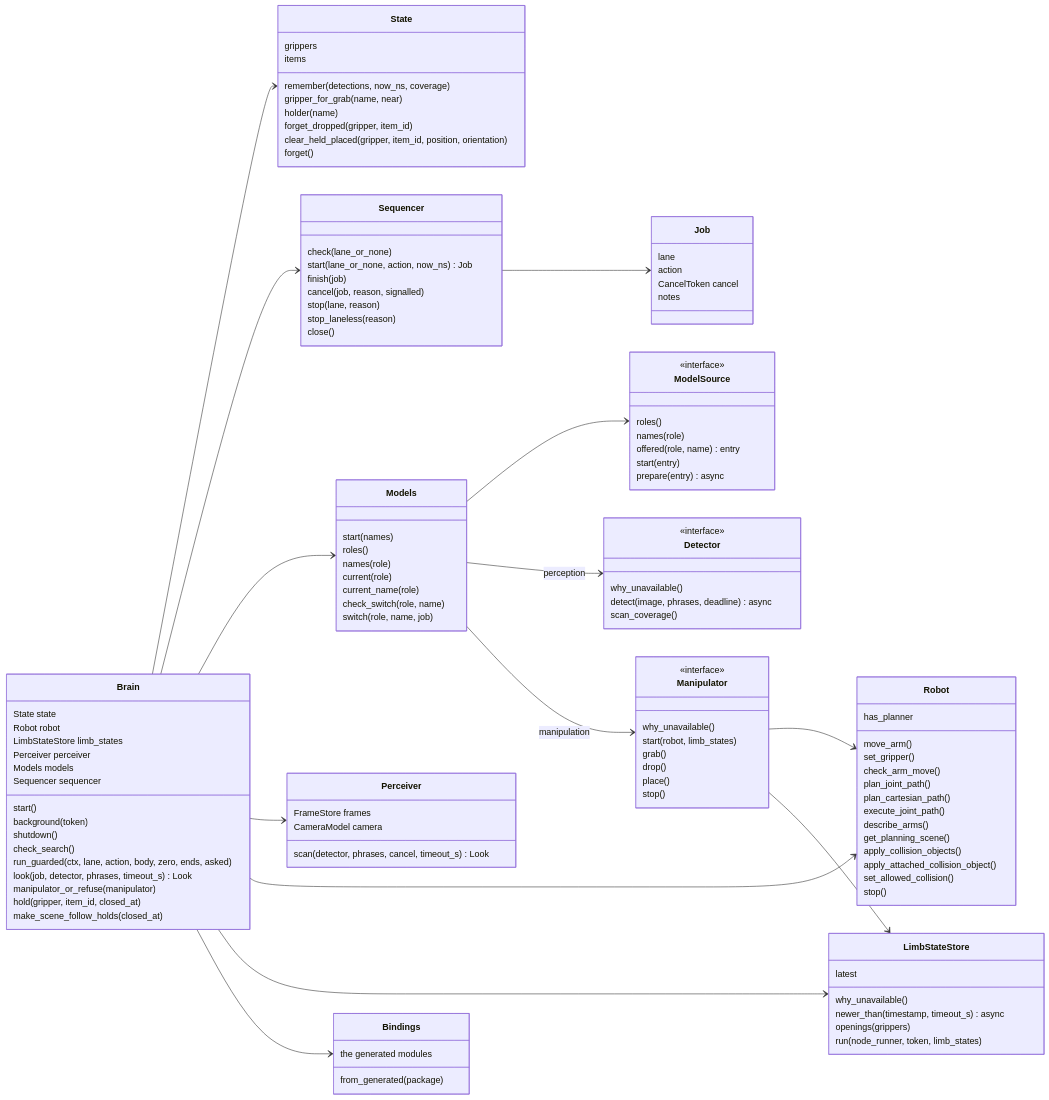
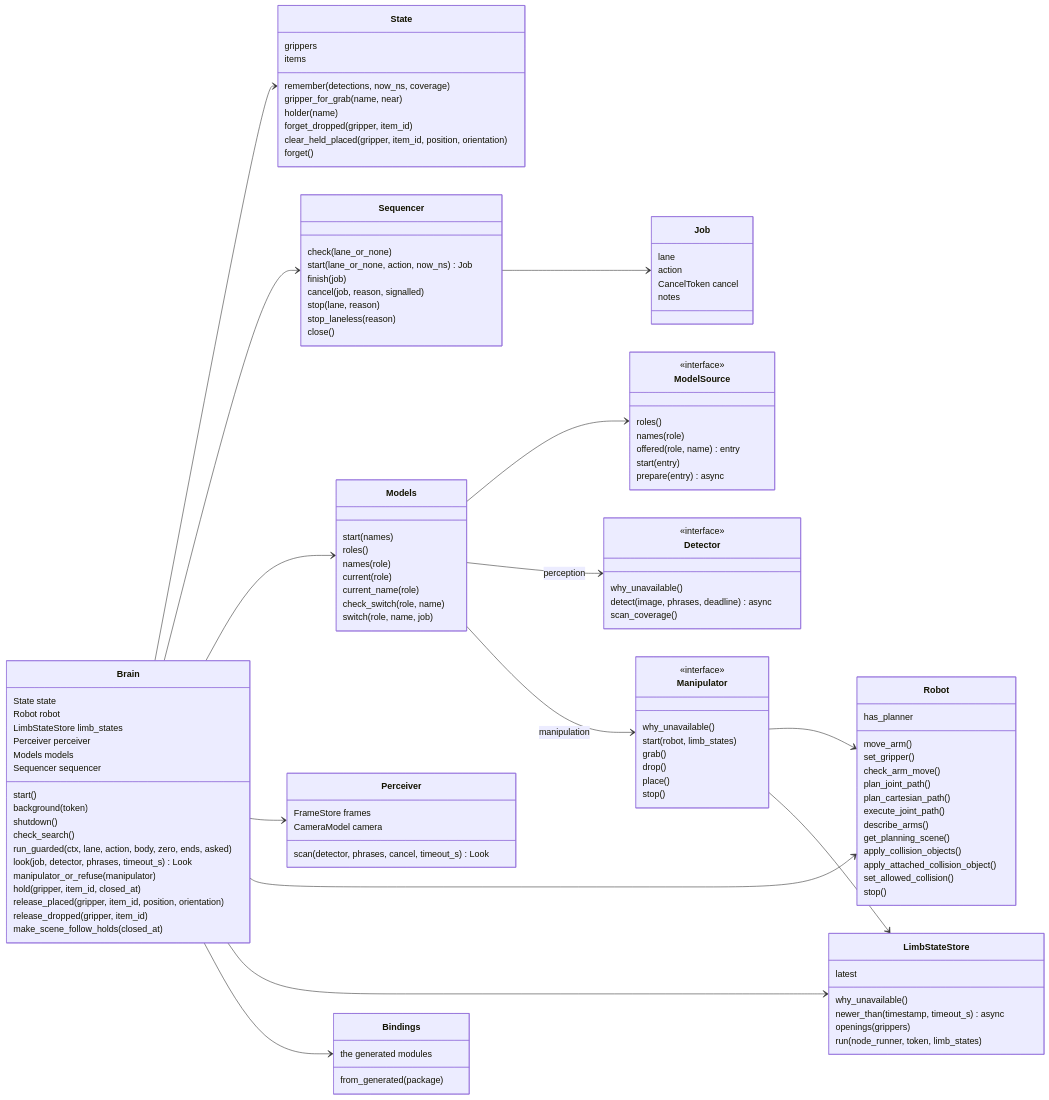
One commit to Peppy-bot/public-peppy-libs changed the second of 5 diagrams in brain_core/README.md. Above: the diagram before and after it, drawn with Mermaid. The commit also changed other lines of this file and 4 other files, not shown here.

```diff
--- a/brain_core/README.md
+++ b/brain_core/README.md
@@ -151,6 +151,8 @@
         look(job, detector, phrases, timeout_s) Look
         manipulator_or_refuse(manipulator)
         hold(gripper, item_id, closed_at)
+        release_placed(gripper, item_id, position, orientation)
+        release_dropped(gripper, item_id)
         make_scene_follow_holds(closed_at)
     }
     class State {
```
